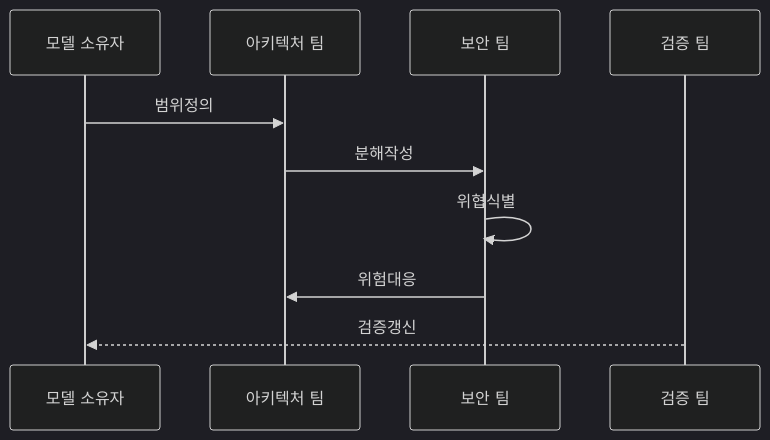
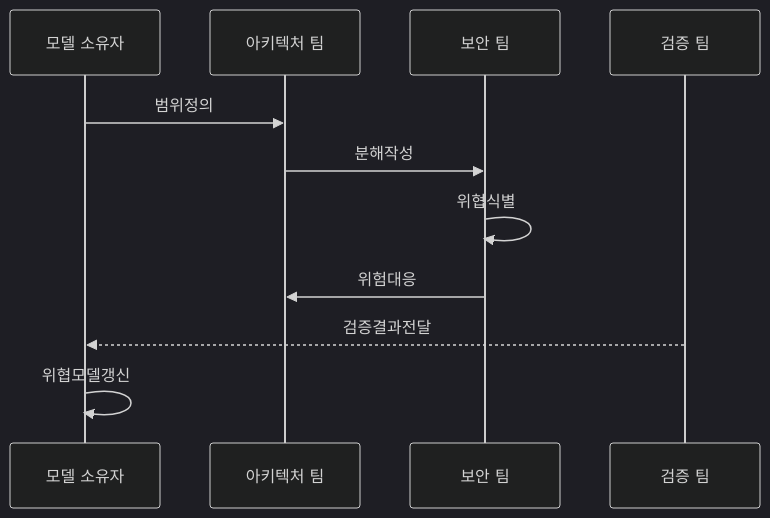
Before and after one commit to agnusdei1207/knowledge-base: the second of 2 diagrams in src/content/docs/notes/05-security/146_threat_modeling_stride.md, drawn with Mermaid (dark theme). The commit also changed other lines of this file and 27 other files, not shown here.

````diff
--- a/src/content/docs/notes/05-security/146_threat_modeling_stride.md
+++ b/src/content/docs/notes/05-security/146_threat_modeling_stride.md
@@ -85,12 +85,13 @@
 ```mermaid
 sequenceDiagram
     participant O as 모델 소유자
     participant A as 아키텍처 팀
     participant S as 보안 팀
     participant V as 검증 팀
     O->>A: 범위정의
     A->>S: 분해작성
     S->>S: 위협식별
     S->>A: 위험대응
-    V-->>O: 검증갱신
+    V-->>O: 검증결과전달
+    O->>O: 위협모델갱신
 ```
````
